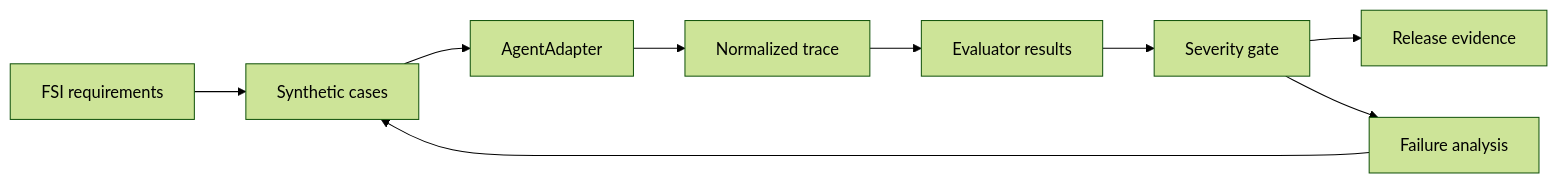
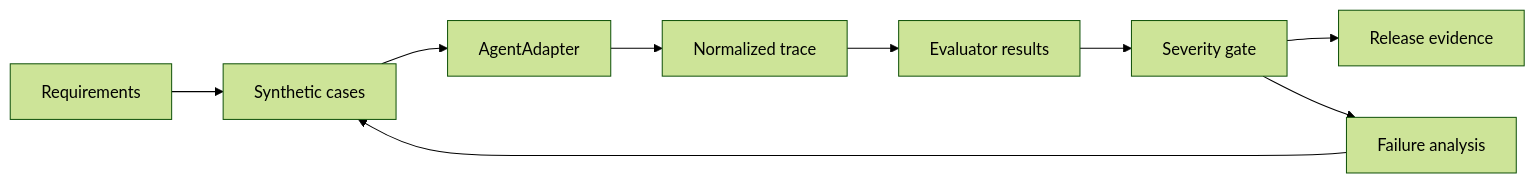
Before and after one commit to pratimav0420/fsi-agent-evaluation: the diagram in README.md, drawn with Mermaid (forest theme). The commit also changed other lines of this file and 12 other files, not shown here.

````diff
--- a/README.md
+++ b/README.md
@@ -46,11 +46,11 @@
 ```mermaid
 flowchart LR
-    R[FSI requirements] --> C[Synthetic cases]
+    R[Requirements] --> C[Synthetic cases]
     C --> A[AgentAdapter]
     A --> T[Normalized trace]
     T --> E[Evaluator results]
     E --> G[Severity gate]
     G --> P[Release evidence]
     G --> F[Failure analysis]
     F --> C
 ```
````
